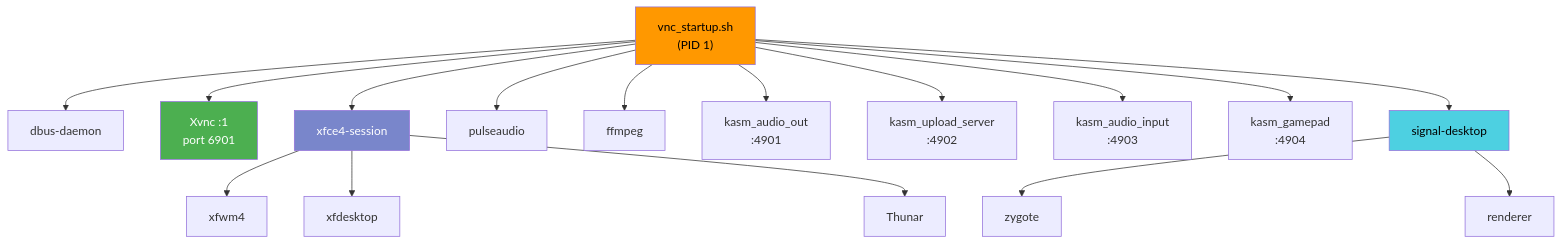
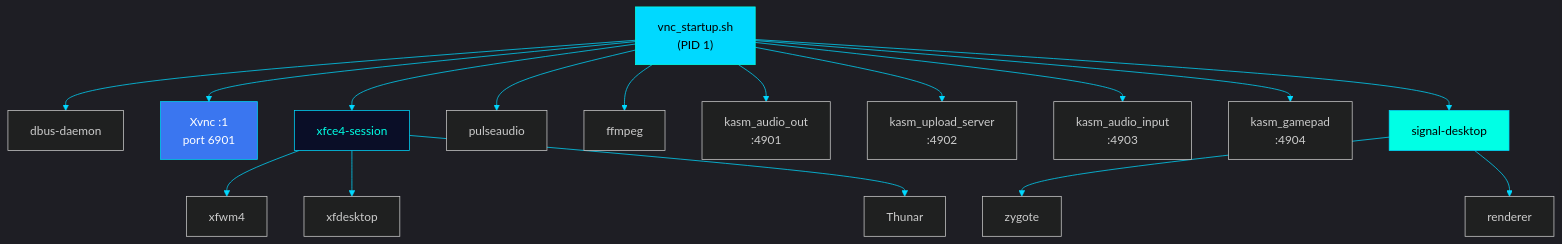
The second of 2 diagrams in docs/architecture/container.md (drengskapur/ghostwire), drawn with Mermaid before and after one commit. The commit also changed other lines of this file and 7 other files, not shown here.

````diff
--- a/docs/architecture/container.md
+++ b/docs/architecture/container.md
@@ -45,27 +46,28 @@
 ```mermaid
+%%{init: {'theme': 'dark', 'themeVariables': { 'primaryColor': '#0A0E27', 'primaryTextColor': '#00FFE5', 'primaryBorderColor': '#00D9FF', 'lineColor': '#00D9FF'}}}%%
 graph TD
     PID1["vnc_startup.sh<br/>(PID 1)"]
 
     PID1 --> dbus["dbus-daemon"]
     PID1 --> xvnc["Xvnc :1<br/>port 6901"]
     PID1 --> xfce["xfce4-session"]
     PID1 --> pulse["pulseaudio"]
     PID1 --> ffmpeg["ffmpeg"]
     PID1 --> audio_out["kasm_audio_out<br/>:4901"]
     PID1 --> upload["kasm_upload_server<br/>:4902"]
     PID1 --> audio_in["kasm_audio_input<br/>:4903"]
     PID1 --> gamepad["kasm_gamepad<br/>:4904"]
     PID1 --> signal["signal-desktop"]
 
     xfce --> xfwm["xfwm4"]
     xfce --> xfdesk["xfdesktop"]
     xfce --> thunar["Thunar"]
 
     signal --> zygote["zygote"]
     signal --> renderer["renderer"]
 
-    style PID1 fill:#ff9800,color:#000
-    style xvnc fill:#4caf50,color:#fff
-    style signal fill:#4dd0e1,color:#000
-    style xfce fill:#7986cb,color:#fff
+    style PID1 fill:#00D9FF,color:#000,stroke:#00FFE5
+    style xvnc fill:#3A76F0,color:#fff,stroke:#00D9FF
+    style signal fill:#00FFE5,color:#000,stroke:#00D9FF
+    style xfce fill:#0A0E27,color:#00FFE5,stroke:#00D9FF
 ```
````
